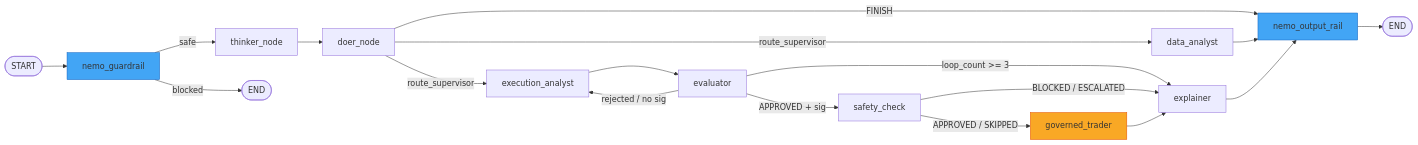
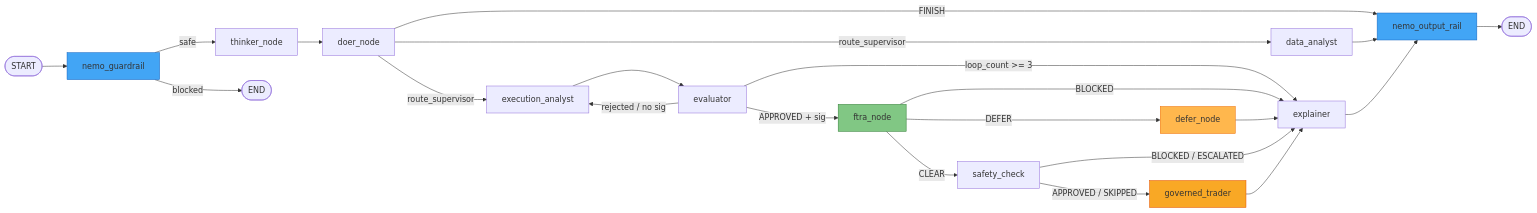
One commit to google/cybernetic-agent-governance-engine changed the second of 5 diagrams in docs/technical-report/02-ARCHITECTURE.md. Above: the diagram before and after it, drawn with Mermaid. The commit also changed other lines of this file and 19 other files, not shown here.

First line of the commit message:
docs(docs): reconcile technical reports with v3 architecture

````diff
--- a/docs/technical-report/02-ARCHITECTURE.md
+++ b/docs/technical-report/02-ARCHITECTURE.md
@@ -156,24 +158,30 @@
 ```mermaid
 flowchart LR
     START([START]) --> nemo_guardrail
     nemo_guardrail -->|safe| thinker_node
     nemo_guardrail -->|blocked| END_BLOCK([END])
     thinker_node --> doer_node
     doer_node -->|route_supervisor| data_analyst
     doer_node -->|route_supervisor| execution_analyst
     doer_node -->|FINISH| nemo_output_rail
     data_analyst --> nemo_output_rail
     execution_analyst --> evaluator
-    evaluator -->|APPROVED + sig| safety_check
+    evaluator -->|APPROVED + sig| ftra_node
     evaluator -->|loop_count >= 3| explainer
     evaluator -->|rejected / no sig| execution_analyst
+    ftra_node -->|CLEAR| safety_check
+    ftra_node -->|DEFER| defer_node
+    ftra_node -->|BLOCKED| explainer
+    defer_node --> explainer
     safety_check -->|APPROVED / SKIPPED| governed_trader
     safety_check -->|BLOCKED / ESCALATED| explainer
     governed_trader --> explainer
     explainer --> nemo_output_rail
     nemo_output_rail --> END([END])
 
     style governed_trader fill:#f9a825,stroke:#e65100
     style nemo_guardrail fill:#42a5f5,stroke:#1565c0
     style nemo_output_rail fill:#42a5f5,stroke:#1565c0
+    style ftra_node fill:#81c784,stroke:#2e7d32
+    style defer_node fill:#ffb74d,stroke:#ef6c00
 ```
````
